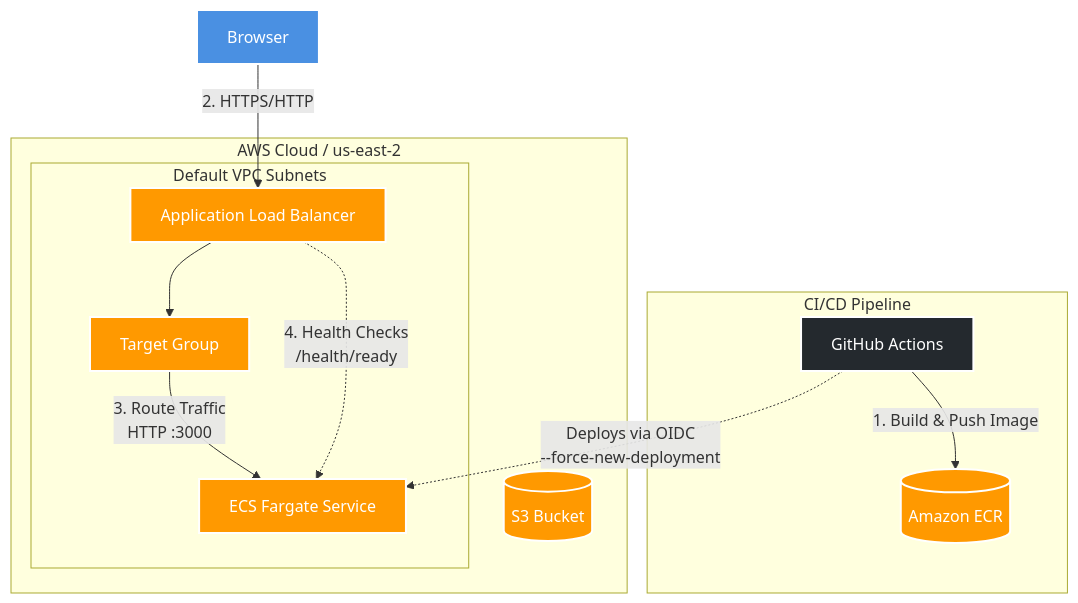
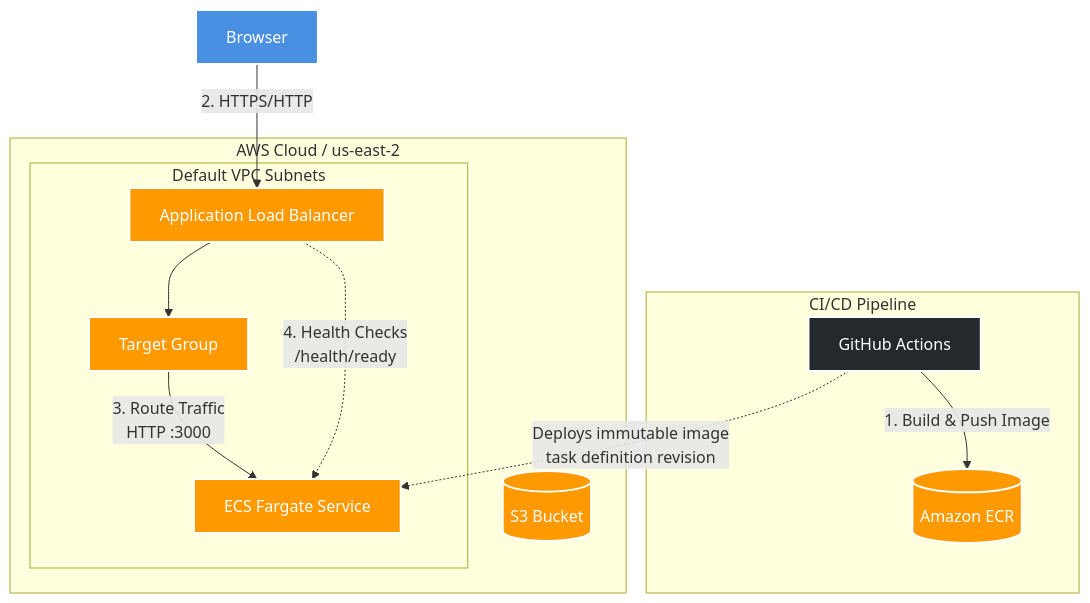
Before and after one commit to AkshayV30/NodeJS_App_Delpoy_on_AWS: the diagram in README.md, drawn with Mermaid. The commit also changed 20 other files, not shown here.

````diff
--- a/README.md
+++ b/README.md
@@ -6,38 +6,38 @@
 ```mermaid
 graph TD
     %% CI/CD Flow
     subgraph CICD [CI/CD Pipeline]
         GA[GitHub Actions]
         ECR[(Amazon ECR)]
         GA -->|1. Build & Push Image| ECR
     end
 
     %% Infrastructure / AWS Cloud
     subgraph AWS [AWS Cloud / us-east-2]
         ALB[Application Load Balancer]
         S3[(S3 Bucket)]
 
         subgraph Subnets [Default VPC Subnets]
             TG[Target Group]
             ECS[ECS Fargate Service]
 
             TG -->|3. Route Traffic<br>HTTP :3000| ECS
             ALB -.->|4. Health Checks<br>/health/ready| ECS
         end
     end
 
     %% Client Access & Deployment Drivers
     Client[Browser] -->|2. HTTPS/HTTP| ALB
     ALB --> TG
-    GA -.->|Deploys via OIDC<br>--force-new-deployment| ECS
+    GA -.->|Deploys immutable image<br>task definition revision| ECS
 
     %% Styling
     classDef aws fill:#FF9900,stroke:#fff,stroke-width:2px,color:#fff;
     classDef ci fill:#24292e,stroke:#fff,stroke-width:2px,color:#fff;
     classDef client fill:#4A90E2,stroke:#fff,stroke-width:2px,color:#fff;
 
     class ALB,ECR,ECS,TG,S3 aws;
     class GA ci;
     class Client client;
 
 ```
````
